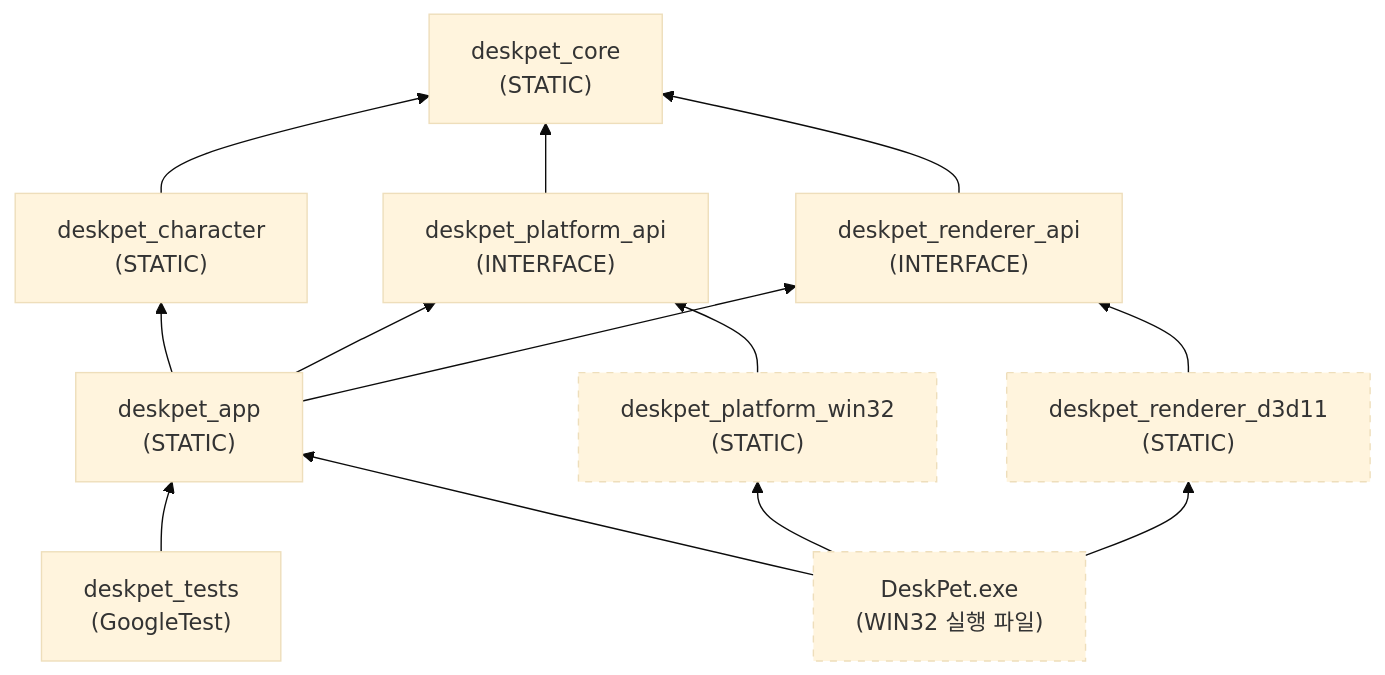
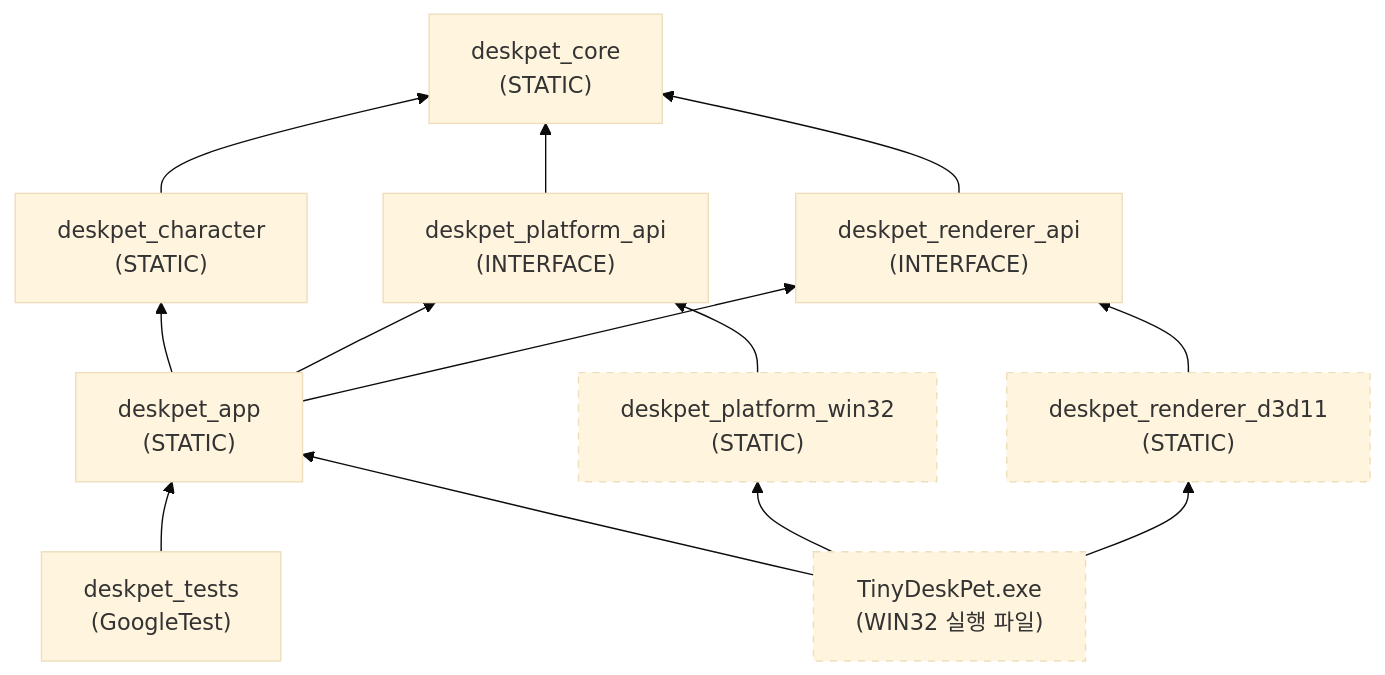
Before and after one commit to ChoHye0N/TinyDeskPet: diagram 12 of 12 in docs/02-architecture/SAD.md, drawn with Mermaid (base theme). The commit also changed other lines of this file and 25 other files, not shown here.

First line of the commit message:
build: 프로그램 이름을 저장소와 같은 TinyDeskPet으로 변경 (#38)

````diff
--- a/docs/02-architecture/SAD.md
+++ b/docs/02-architecture/SAD.md
@@ -425,29 +425,29 @@
 ```mermaid
 flowchart BT
     core["deskpet_core<br/>(STATIC)"]
     character["deskpet_character<br/>(STATIC)"]
     papi["deskpet_platform_api<br/>(INTERFACE)"]
     rapi["deskpet_renderer_api<br/>(INTERFACE)"]
     app["deskpet_app<br/>(STATIC)"]
     win32["deskpet_platform_win32<br/>(STATIC)"]
     d3d11["deskpet_renderer_d3d11<br/>(STATIC)"]
-    exe["DeskPet.exe<br/>(WIN32 실행 파일)"]
+    exe["TinyDeskPet.exe<br/>(WIN32 실행 파일)"]
     tests["deskpet_tests<br/>(GoogleTest)"]
 
     character --> core
     papi --> core
     rapi --> core
     app --> character
     app --> papi
     app --> rapi
     win32 --> papi
     d3d11 --> rapi
     exe --> app
     exe --> win32
     exe --> d3d11
     tests --> app
 
     style win32 stroke-dasharray: 5 5
     style d3d11 stroke-dasharray: 5 5
     style exe stroke-dasharray: 5 5
 ```
````
